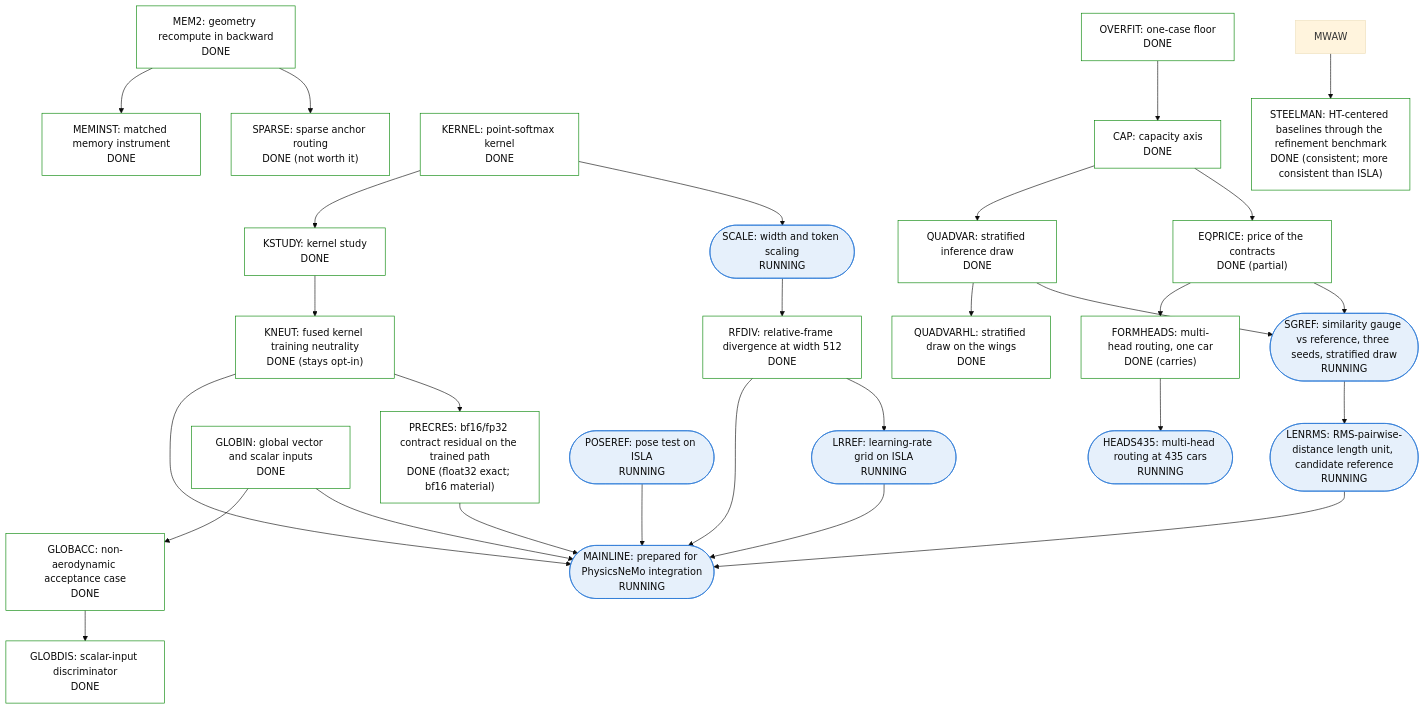
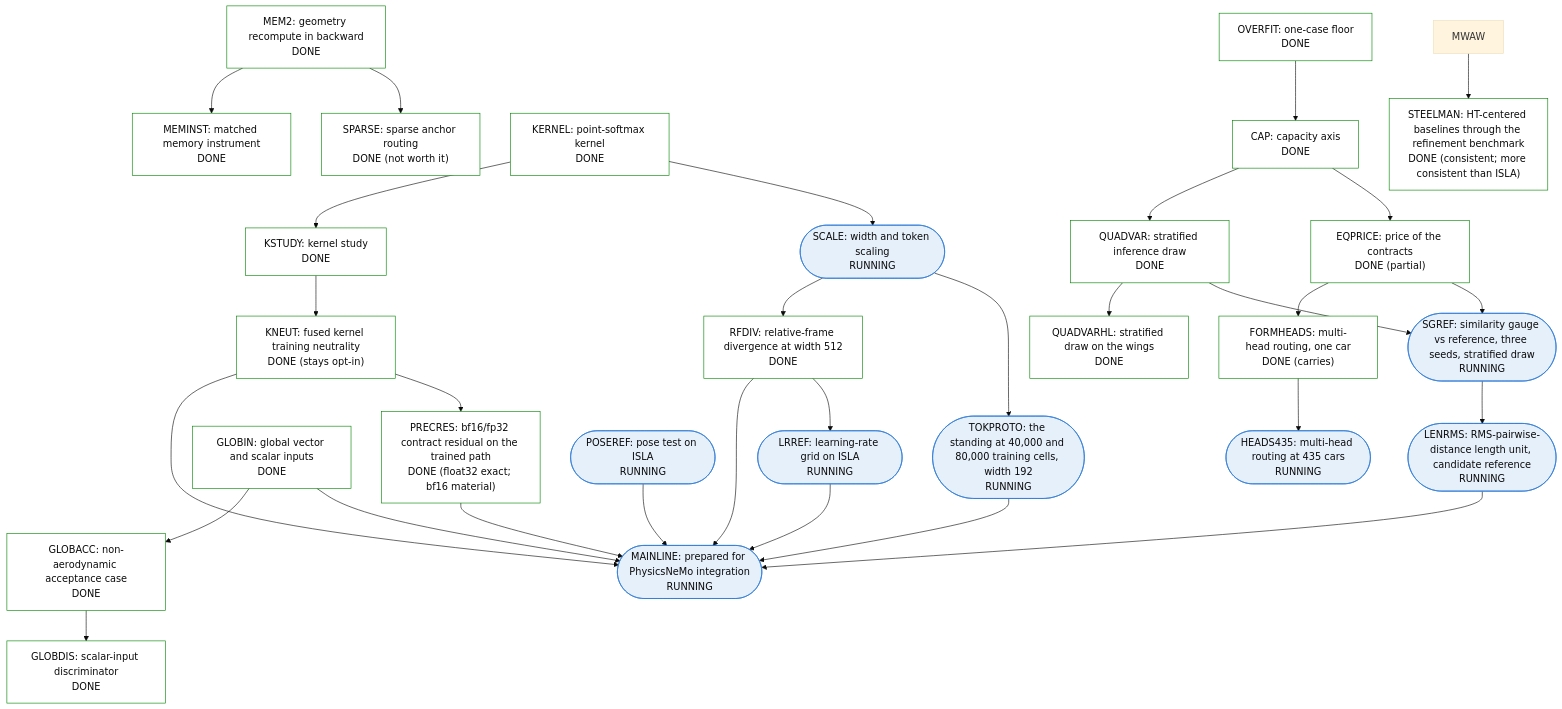
The fifth of 5 diagrams in examples/cfd/mesh_transformer/book/13-program-status.qmd (peterdsharpe/physicsnemo), drawn with Mermaid (base theme) before and after one commit. The commit also changed other lines of this file and 1 other file, not shown here.

Commit message:
Notebook: TOK-PROTO preregistration (the DrivAerML standing when every model trains and evaluates at 40,000 and 80,000 cells at width 192, from the scale study's trained lanes; bars: count is the lever / neutral / favors baselines); node and ledger row RUNNING

````diff
--- a/examples/cfd/mesh_transformer/book/13-program-status.qmd
+++ b/examples/cfd/mesh_transformer/book/13-program-status.qmd
@@ -281,63 +281,66 @@
 ```{mermaid}
 %%| fig-cap: >
 %%|   Sub-tree 5: cost, scale, deficit anatomy and mainline. HEADS435 is the
 %%|   one node RUNNING with a bar that could change ISLA's
 %%|   configuration; MAINLINE is the productization node.
 flowchart TB
     classDef done fill:#ffffff,stroke:#008300,color:#0b0b0b
     classDef running fill:#e6f0fb,stroke:#2a78d6,color:#0b0b0b
     classDef planned fill:#ffffff,stroke:#898781,color:#0b0b0b,stroke-dasharray:4 3
     classDef stopped fill:#f4f3ee,stroke:#52514e,color:#0b0b0b
     MEM2["MEM2: geometry recompute in backward<br/>DONE"]:::done
     MEMINST["MEMINST: matched memory instrument<br/>DONE"]:::done
     SPARSE["SPARSE: sparse anchor routing<br/>DONE (not worth it)"]:::done
     KERNEL["KERNEL: point-softmax kernel<br/>DONE"]:::done
     KSTUDY["KSTUDY: kernel study<br/>DONE"]:::done
     KNEUT["KNEUT: fused kernel training neutrality<br/>DONE (stays opt-in)"]:::done
     SCALE(["SCALE: width and token scaling<br/>RUNNING"]):::running
     RFDIV["RFDIV: relative-frame divergence at width 512<br/>DONE"]:::done
     OVERFIT["OVERFIT: one-case floor<br/>DONE"]:::done
     CAP["CAP: capacity axis<br/>DONE"]:::done
     QUADVAR["QUADVAR: stratified inference draw<br/>DONE"]:::done
     QUADVARHL["QUADVARHL: stratified draw on the wings<br/>DONE"]:::done
     EQPRICE["EQPRICE: price of the contracts<br/>DONE (partial)"]:::done
     FORMHEADS["FORMHEADS: multi-head routing, one car<br/>DONE (carries)"]:::done
     HEADS435(["HEADS435: multi-head routing at 435 cars<br/>RUNNING"]):::running
     GLOBIN["GLOBIN: global vector and scalar inputs<br/>DONE"]:::done
     GLOBACC["GLOBACC: non-aerodynamic acceptance case<br/>DONE"]:::done
     GLOBDIS["GLOBDIS: scalar-input discriminator<br/>DONE"]:::done
     MAINLINE(["MAINLINE: prepared for PhysicsNeMo integration<br/>RUNNING"]):::running
     PRECRES["PRECRES: bf16/fp32 contract residual on the trained path<br/>DONE (float32 exact; bf16 material)"]:::done
     SGREF(["SGREF: similarity gauge vs reference, three seeds, stratified draw<br/>RUNNING"]):::running
     POSEREF(["POSEREF: pose test on ISLA<br/>RUNNING"]):::running
     LRREF(["LRREF: learning-rate grid on ISLA<br/>RUNNING"]):::running
     LENRMS(["LENRMS: RMS-pairwise-distance length unit, candidate reference<br/>RUNNING"]):::running
     STEELMAN["STEELMAN: HT-centered baselines through the refinement benchmark<br/>DONE (consistent; more consistent than ISLA)"]:::done
+    TOKPROTO(["TOKPROTO: the standing at 40,000 and 80,000 training cells, width 192<br/>RUNNING"]):::running
     MEM2 --> MEMINST
     MEM2 --> SPARSE
     KERNEL --> KSTUDY
     KSTUDY --> KNEUT
     KERNEL --> SCALE
     SCALE --> RFDIV
     OVERFIT --> CAP
     CAP --> QUADVAR
     QUADVAR --> QUADVARHL
     CAP --> EQPRICE
     EQPRICE --> FORMHEADS
     FORMHEADS --> HEADS435
     GLOBIN --> GLOBACC
     GLOBACC --> GLOBDIS
     GLOBIN --> MAINLINE
     RFDIV --> MAINLINE
     KNEUT --> MAINLINE
     KNEUT --> PRECRES
     PRECRES --> MAINLINE
     QUADVAR --> SGREF
     EQPRICE --> SGREF
     RFDIV --> LRREF
     POSEREF --> MAINLINE
     LRREF --> MAINLINE
     SGREF --> LENRMS
     LENRMS --> MAINLINE
     MWAW --> STEELMAN
+    SCALE --> TOKPROTO
+    TOKPROTO --> MAINLINE
 ```
````
